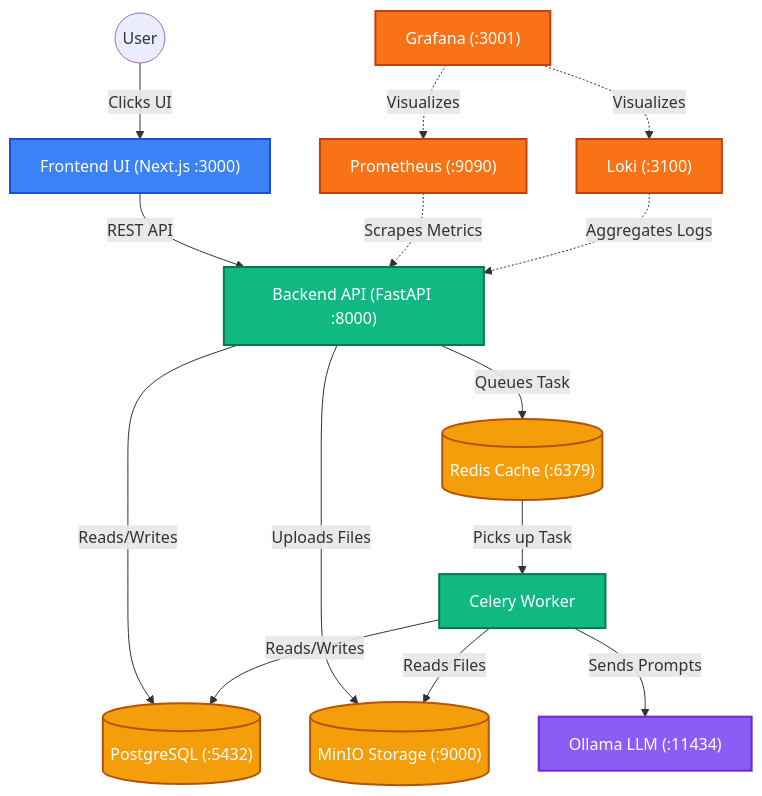
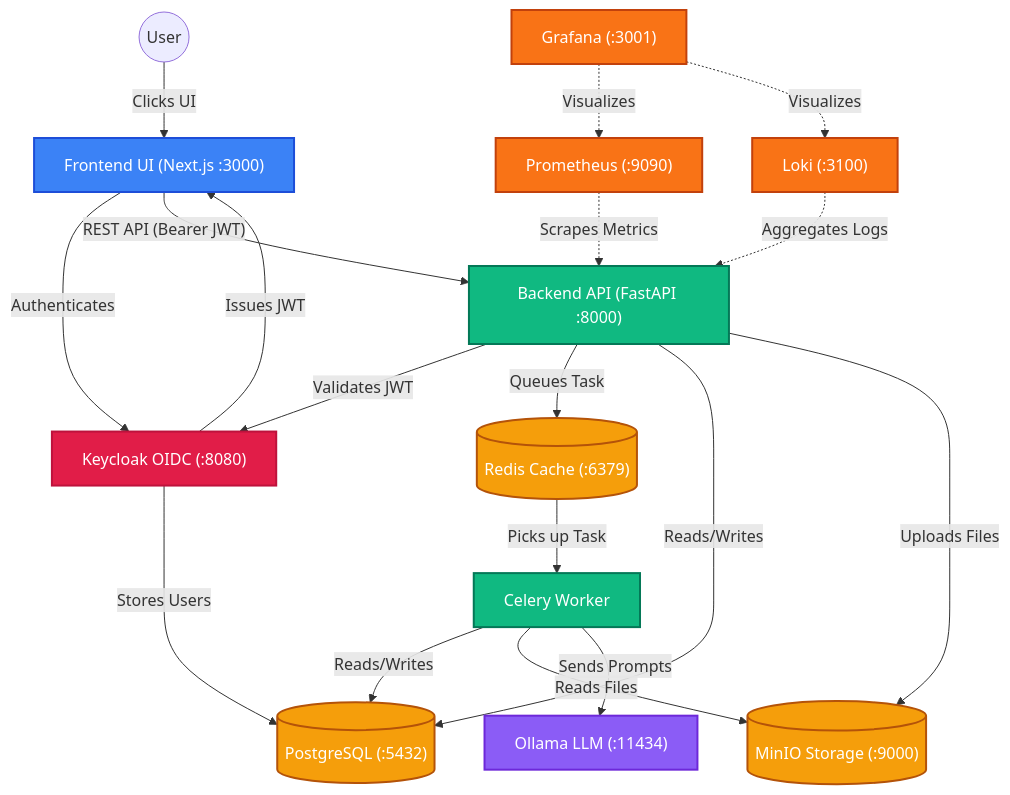
One commit to vishwajitvm/AgentHive changed the diagram in docs/ARCHITECTURE.md. Above: the diagram before and after it, drawn with Mermaid. The commit also changed 31 other files, not shown here.

````diff
--- a/docs/ARCHITECTURE.md
+++ b/docs/ARCHITECTURE.md
@@ -25,41 +25,47 @@
 ```mermaid
 graph TD
     classDef frontend fill:#3b82f6,stroke:#1d4ed8,stroke-width:2px,color:#fff
     classDef backend fill:#10b981,stroke:#047857,stroke-width:2px,color:#fff
     classDef db fill:#f59e0b,stroke:#b45309,stroke-width:2px,color:#fff
     classDef ai fill:#8b5cf6,stroke:#6d28d9,stroke-width:2px,color:#fff
     classDef obs fill:#f97316,stroke:#c2410c,stroke-width:2px,color:#fff
+    classDef auth fill:#e11d48,stroke:#be123c,stroke-width:2px,color:#fff
 
     User(("User"))
     UI["Frontend UI (Next.js :3000)"]:::frontend
+    Keycloak["Keycloak OIDC (:8080)"]:::auth
     API["Backend API (FastAPI :8000)"]:::backend
     Worker["Celery Worker"]:::backend
     
     Postgres[("PostgreSQL (:5432)")]:::db
     Redis[("Redis Cache (:6379)")]:::db
     MinIO[("MinIO Storage (:9000)")]:::db
     
     Ollama["Ollama LLM (:11434)"]:::ai
     
     Grafana["Grafana (:3001)"]:::obs
     Prometheus["Prometheus (:9090)"]:::obs
     Loki["Loki (:3100)"]:::obs
 
     User -- "Clicks UI" --> UI
-    UI -- "REST API" --> API
+    UI -- "Authenticates" --> Keycloak
+    Keycloak -- "Issues JWT" --> UI
+    UI -- "REST API (Bearer JWT)" --> API
+    API -- "Validates JWT" --> Keycloak
     API -- "Queues Task" --> Redis
     Redis -- "Picks up Task" --> Worker
     
     API -- "Reads/Writes" --> Postgres
     Worker -- "Reads/Writes" --> Postgres
+    Keycloak -- "Stores Users" --> Postgres
     
     API -- "Uploads Files" --> MinIO
     Worker -- "Reads Files" --> MinIO
     
     Worker -- "Sends Prompts" --> Ollama
     
     Prometheus -. "Scrapes Metrics" .-> API
     Loki -. "Aggregates Logs" .-> API
     Grafana -. "Visualizes" .-> Prometheus
     Grafana -. "Visualizes" .-> Loki
 ```
````
